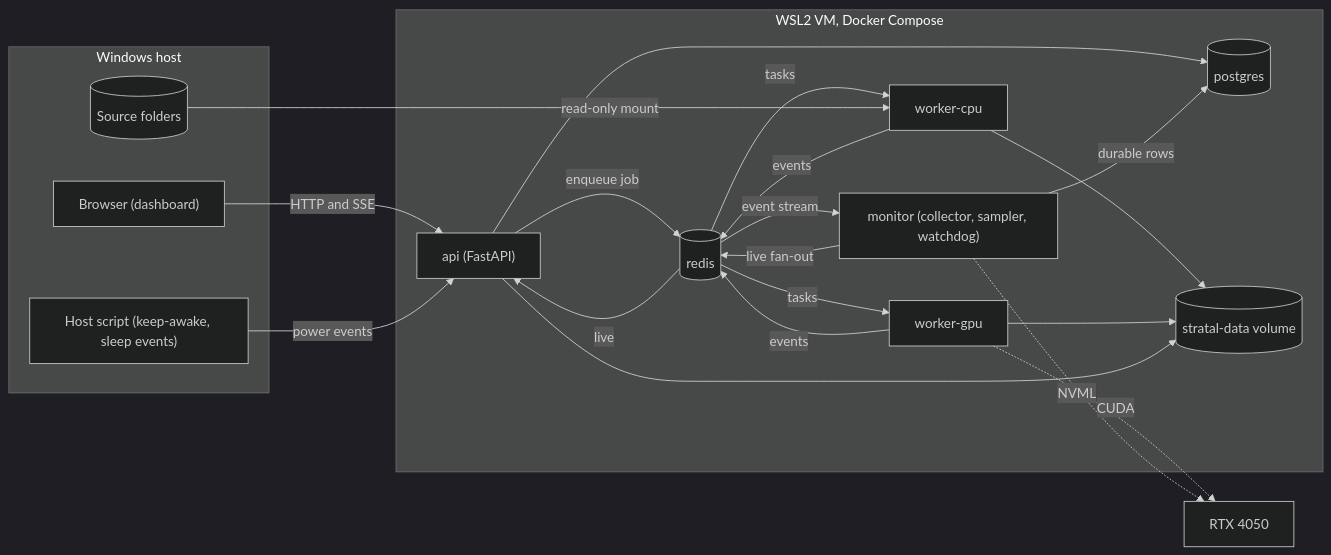
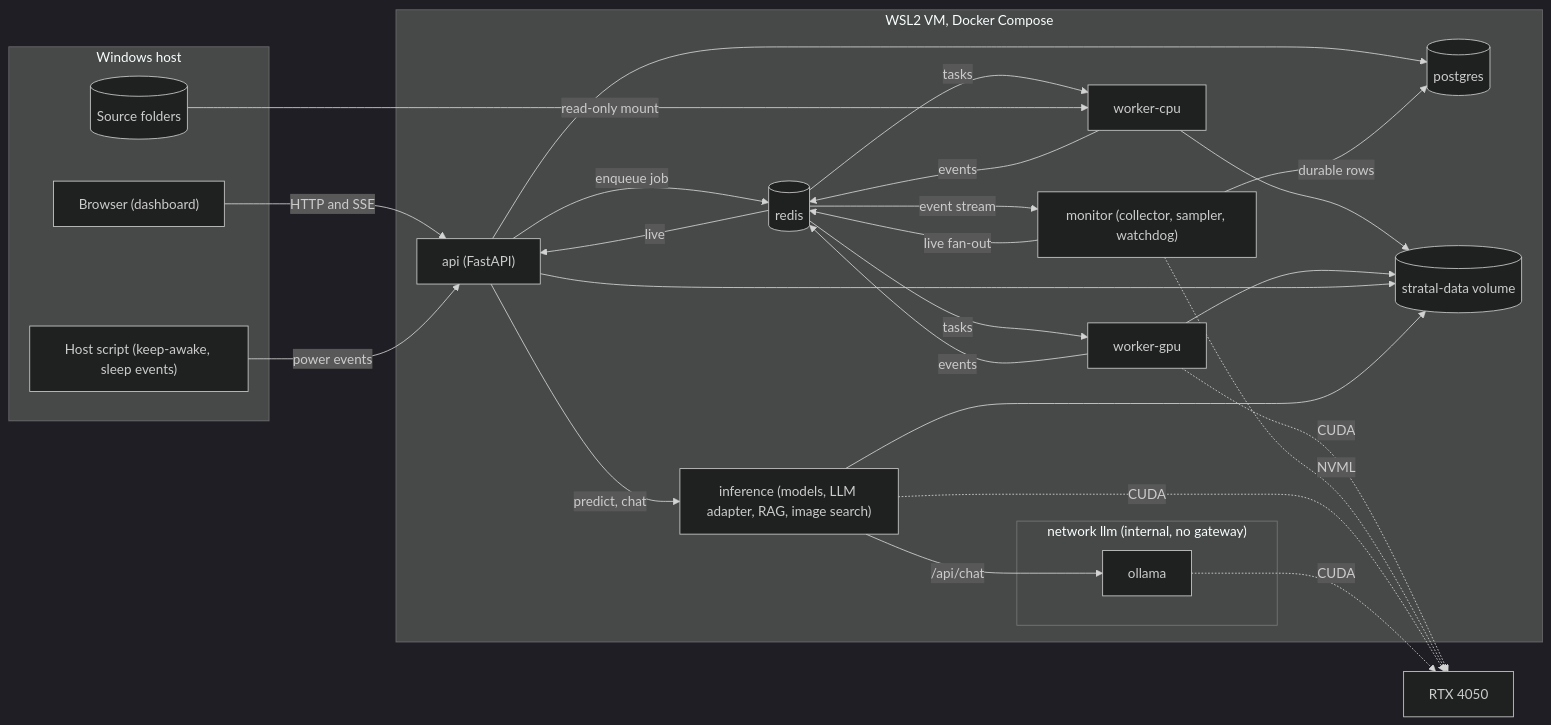
One commit to swaroop-rayker/Stratal changed the first of 3 diagrams in docs/ARCHITECTURE.md. Above: the diagram before and after it, drawn with Mermaid (dark theme). The commit also changed other lines of this file and 3 other files, not shown here.

First line of the commit message:
docs(LLM-1.1, LLM-2.1, LLM-2.2, DATA-5.3, NFR-6): M12 in ARCHITECTURE, DECISIONS, MILESTONES; ADR-0022 As built on v2

````diff
--- a/docs/ARCHITECTURE.md
+++ b/docs/ARCHITECTURE.md
@@ -28,37 +28,46 @@
 ```mermaid
 flowchart LR
   subgraph WIN["Windows host"]
     BROWSER["Browser (dashboard)"]
     HOST["Host script (keep-awake, sleep events)"]
     SRC[("Source folders")]
   end
   subgraph WSL["WSL2 VM, Docker Compose"]
     API["api (FastAPI)"]
     PG[("postgres")]
     REDIS[("redis")]
     WCPU["worker-cpu"]
     WGPU["worker-gpu"]
     MON["monitor (collector, sampler, watchdog)"]
+    INF["inference (models, LLM adapter, RAG, image search)"]
     VOL[("stratal-data volume")]
+    subgraph LLMNET["network llm (internal, no gateway)"]
+      OLL["ollama"]
+    end
   end
   GPU["RTX 4050"]
 
   BROWSER -->|HTTP and SSE| API
   HOST -->|power events| API
   API --> PG
   API -->|enqueue job| REDIS
   REDIS -->|tasks| WCPU
   REDIS -->|tasks| WGPU
   WCPU -->|events| REDIS
   WGPU -->|events| REDIS
   REDIS -->|event stream| MON
   MON -->|durable rows| PG
   MON -->|live fan-out| REDIS
   REDIS -->|live| API
   WCPU --> VOL
   WGPU --> VOL
   API --> VOL
   SRC -->|read-only mount| WCPU
   WGPU -.->|CUDA| GPU
   MON -.->|NVML| GPU
+  API -->|predict, chat| INF
+  INF -->|"/api/chat"| OLL
+  INF --> VOL
+  INF -.->|CUDA| GPU
+  OLL -.->|CUDA| GPU
 ```
````
